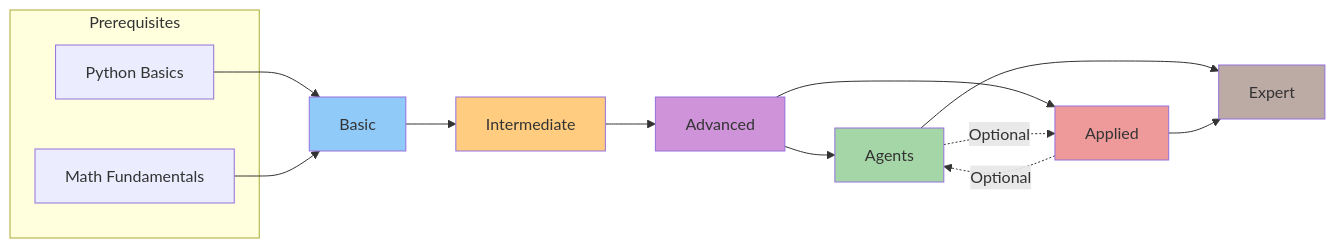
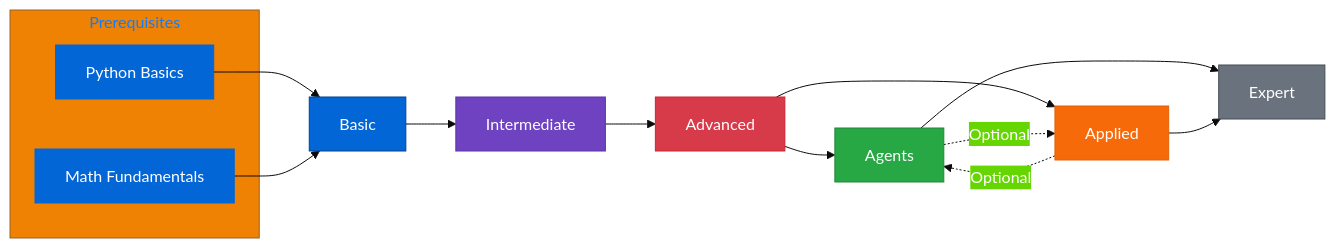
Diagram 13 of 21 in README.md (nexageapps/AI), drawn with Mermaid before and after one commit. The commit also changed other lines of this file and 1 other file, not shown here.

````diff
--- a/README.md
+++ b/README.md
@@ -550,29 +553,30 @@
 ```mermaid
+%%{init: {'theme':'base', 'themeVariables': {'primaryColor':'#0366d6','primaryTextColor':'#fff','primaryBorderColor':'#0366d6'}}}%%
 graph LR
     subgraph Prerequisites
         P1[Python Basics]
         P2[Math Fundamentals]
     end
     
     P1 --> Basic
     P2 --> Basic
     
     Basic --> Intermediate
     Intermediate --> Advanced
     
     Advanced --> Agents
     Advanced --> Applied
     
     Agents -.->|Optional| Applied
     Applied -.->|Optional| Agents
     
     Agents --> Expert
     Applied --> Expert
     
-    style Basic fill:#90caf9
-    style Intermediate fill:#ffcc80
-    style Advanced fill:#ce93d8
-    style Agents fill:#a5d6a7
-    style Applied fill:#ef9a9a
-    style Expert fill:#bcaaa4
+    style Basic fill:#0366d6,stroke:#044289,color:#fff
+    style Intermediate fill:#6f42c1,stroke:#5a32a3,color:#fff
+    style Advanced fill:#d73a49,stroke:#cb2431,color:#fff
+    style Agents fill:#28a745,stroke:#22863a,color:#fff
+    style Applied fill:#f66a0a,stroke:#e36209,color:#fff
+    style Expert fill:#6a737d,stroke:#444d56,color:#fff
 ```
````
